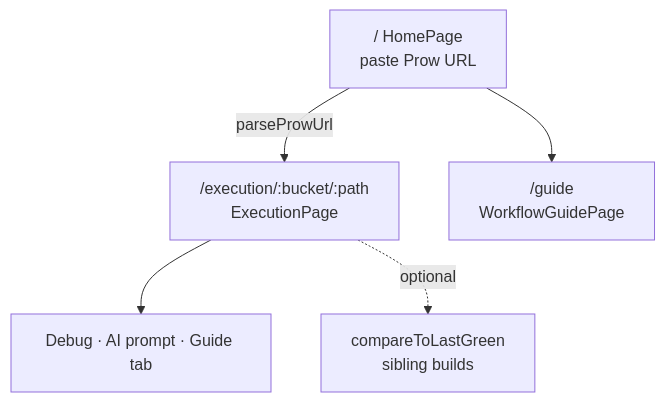
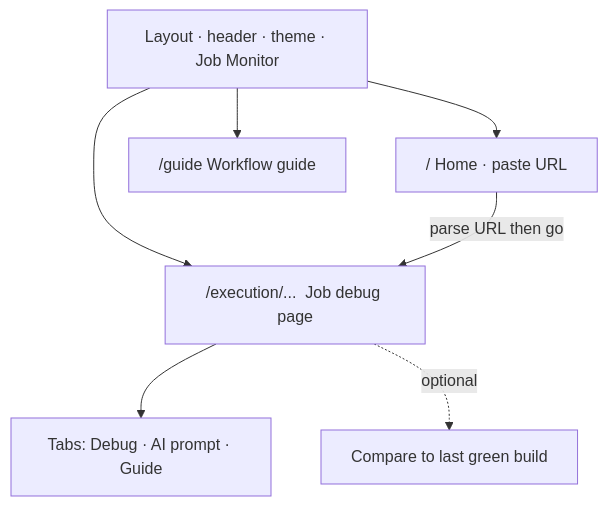
Before and after one commit to ibm-adarsh/ci-analyzer: the fifth of 17 diagrams in ARCHITECTURE.md, drawn with Mermaid. The commit also changed other lines of this file and 7 other files, not shown here.

First line of the commit message:
Document architecture in plain language and cover inventory workflow analysis.

````diff
--- a/ARCHITECTURE.md
+++ b/ARCHITECTURE.md
@@ -31,7 +195,11 @@
 ```mermaid
 flowchart TB
-  Home["/ HomePage<br/>paste Prow URL"] -->|parseProwUrl| Exec["/execution/:bucket/:path<br/>ExecutionPage"]
-  Home --> Guide["/guide<br/>WorkflowGuidePage"]
-  Exec --> Tabs[Debug · AI prompt · Guide tab]
-  Exec -.->|optional| Compare[compareToLastGreen<br/>sibling builds]
+  Layout[Layout · header · theme · Job Monitor]
+  Layout --> Home["/  Home · paste URL"]
+  Layout --> Guide["/guide  Workflow guide"]
+  Layout --> Exec["/execution/...  Job debug page"]
+
+  Home -->|parse URL then go| Exec
+  Exec --> Tabs[Tabs: Debug · AI prompt · Guide]
+  Exec -.->|optional| Compare[Compare to last green build]
 ```
````
